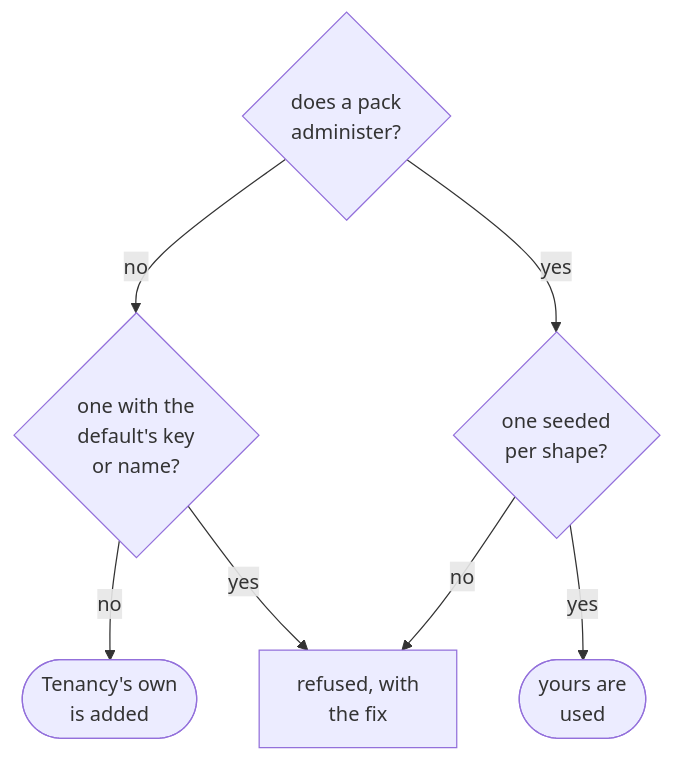
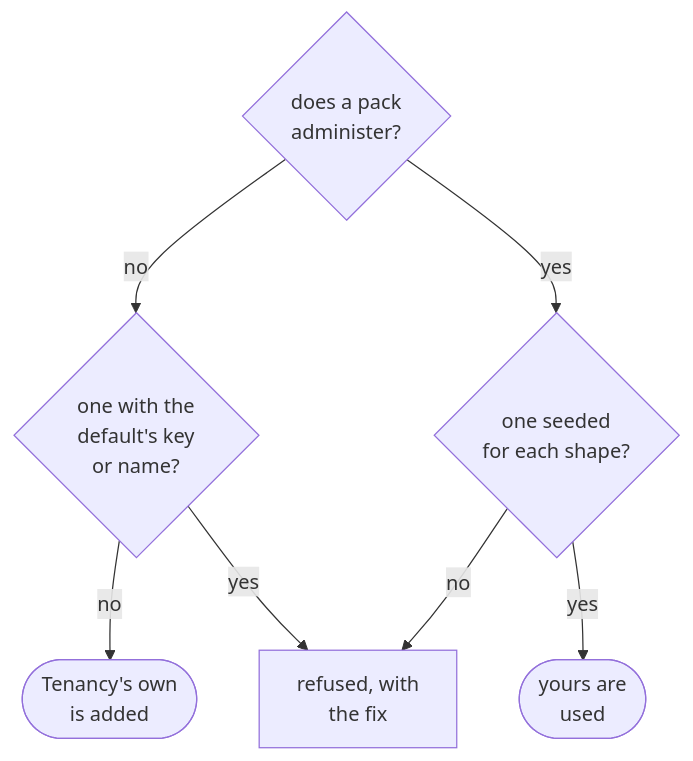
One commit to DylanSnel/DDDToolkit changed the first of 25 diagrams in docs/tenancy.md. Above: the diagram before and after it, drawn with Mermaid. The commit also changed other lines of this file and 28 other files, not shown here.

````diff
--- a/docs/tenancy.md
+++ b/docs/tenancy.md
@@ -94,10 +100,10 @@
 ```mermaid
 flowchart TD
     Declares{"does a pack<br/>administer?"}
     Declares -- no --> Taken{"one with the<br/>default's key<br/>or name?"}
-    Declares -- yes --> PerShape{"one seeded<br/>per shape?"}
+    Declares -- yes --> PerShape{"one seeded<br/>for each shape?"}
     Taken -- no --> Default(["Tenancy's own<br/>is added"])
     Taken -- yes --> Refused["refused, with<br/>the fix"]
     PerShape -- no --> Refused
     PerShape -- yes --> Yours(["yours are<br/>used"])
 ```
````
